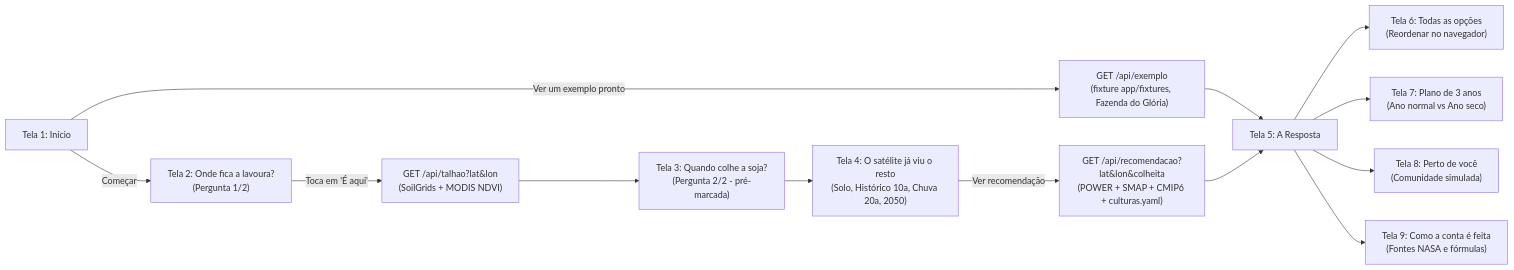
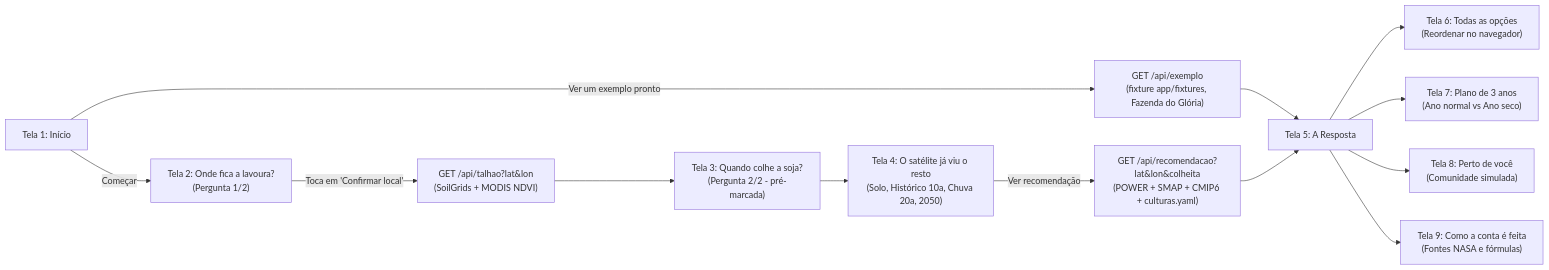
One commit to Ricardo07g/nasa-challenge changed the diagram in projeto/backend/docs/historias-de-usuario.md. Above: the diagram before and after it, drawn with Mermaid. The commit also changed 7 other files, not shown here.

````diff
--- a/projeto/backend/docs/historias-de-usuario.md
+++ b/projeto/backend/docs/historias-de-usuario.md
@@ -43,15 +43,15 @@
 ```mermaid
 flowchart LR
     T1["Tela 1: Início"] -->|"Começar"| T2["Tela 2: Onde fica a lavoura?<br/>(Pergunta 1/2)"]
     T1 -->|"Ver um exemplo pronto"| EX["GET /api/exemplo<br/>(fixture app/fixtures, Fazenda do Glória)"]
     EX --> T5["Tela 5: A Resposta"]
-    T2 -->|"Toca em 'É aqui'"| API_TALHAO["GET /api/talhao?lat&lon<br/>(SoilGrids + MODIS NDVI)"]
+    T2 -->|"Toca em 'Confirmar local'"| API_TALHAO["GET /api/talhao?lat&lon<br/>(SoilGrids + MODIS NDVI)"]
     API_TALHAO --> T3["Tela 3: Quando colhe a soja?<br/>(Pergunta 2/2 - pré-marcada)"]
     T3 --> T4["Tela 4: O satélite já viu o resto<br/>(Solo, Histórico 10a, Chuva 20a, 2050)"]
     T4 -->|"Ver recomendação"| API_REC["GET /api/recomendacao?lat&lon&colheita<br/>(POWER + SMAP + CMIP6 + culturas.yaml)"]
     API_REC --> T5
     T5 --> T6["Tela 6: Todas as opções<br/>(Reordenar no navegador)"]
     T5 --> T7["Tela 7: Plano de 3 anos<br/>(Ano normal vs Ano seco)"]
     T5 --> T8["Tela 8: Perto de você<br/>(Comunidade simulada)"]
     T5 --> T9["Tela 9: Como a conta é feita<br/>(Fontes NASA e fórmulas)"]
 ```
````
